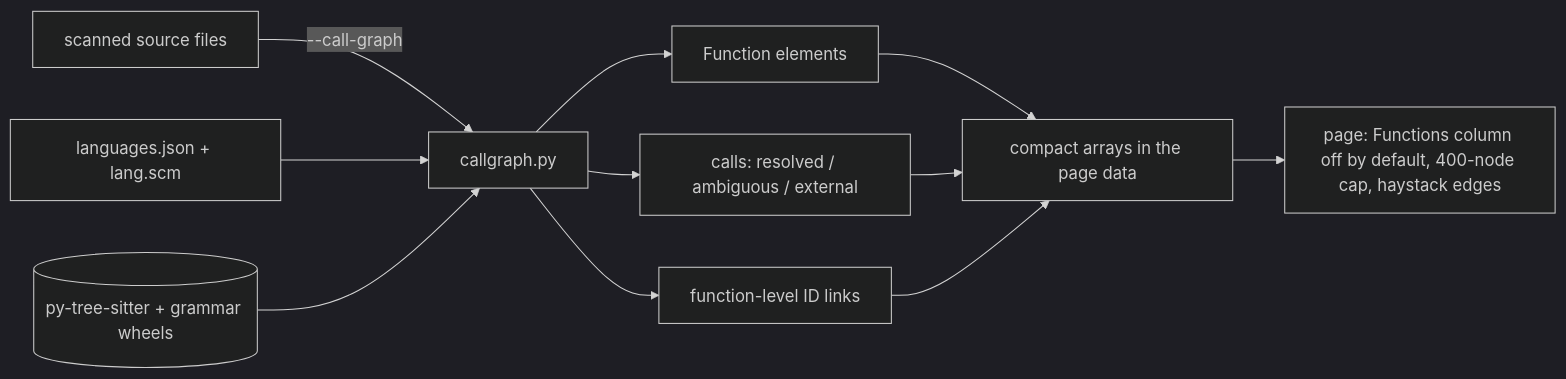
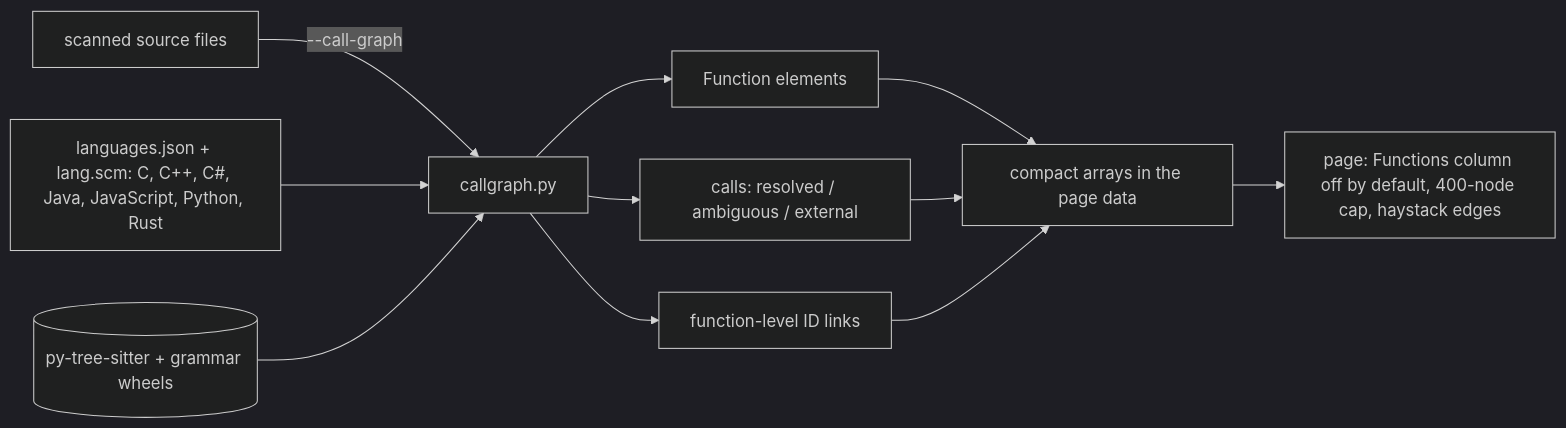
The diagram in process/2.architecture/ADR-TRC-004-call-graph-analysis.md (spashx/agnos), drawn with Mermaid (dark theme) before and after one commit. The commit also changed other lines of this file and 10 other files, not shown here.

Commit message:
feat(TRC): ADR-TRC-004/TASK-TRC-032 C# in the call graph: tree-sitter-c-sharp, methods, constructors and local functions, block and file-scoped namespaces; RQ-TRC-050, DEC-TRC-025, DEC-TRC-026, PLAN-TRC-004

````diff
--- a/process/2.architecture/ADR-TRC-004-call-graph-analysis.md
+++ b/process/2.architecture/ADR-TRC-004-call-graph-analysis.md
@@ -97,11 +130,11 @@
 ```mermaid
 flowchart LR
     SC[scanned source files] -->|--call-graph| CG[callgraph.py]
-    LT[languages.json + lang.scm] --> CG
+    LT[languages.json + lang.scm: C, C++, C#, Java, JavaScript, Python, Rust] --> CG
     TS[(py-tree-sitter + grammar wheels)] --> CG
     CG --> FN[Function elements]
     CG --> CA[calls: resolved / ambiguous / external]
     CG --> FI[function-level ID links]
     FN & CA & FI --> J[compact arrays in the page data]
     J --> P[page: Functions column off by default, 400-node cap, haystack edges]
 ```
````
